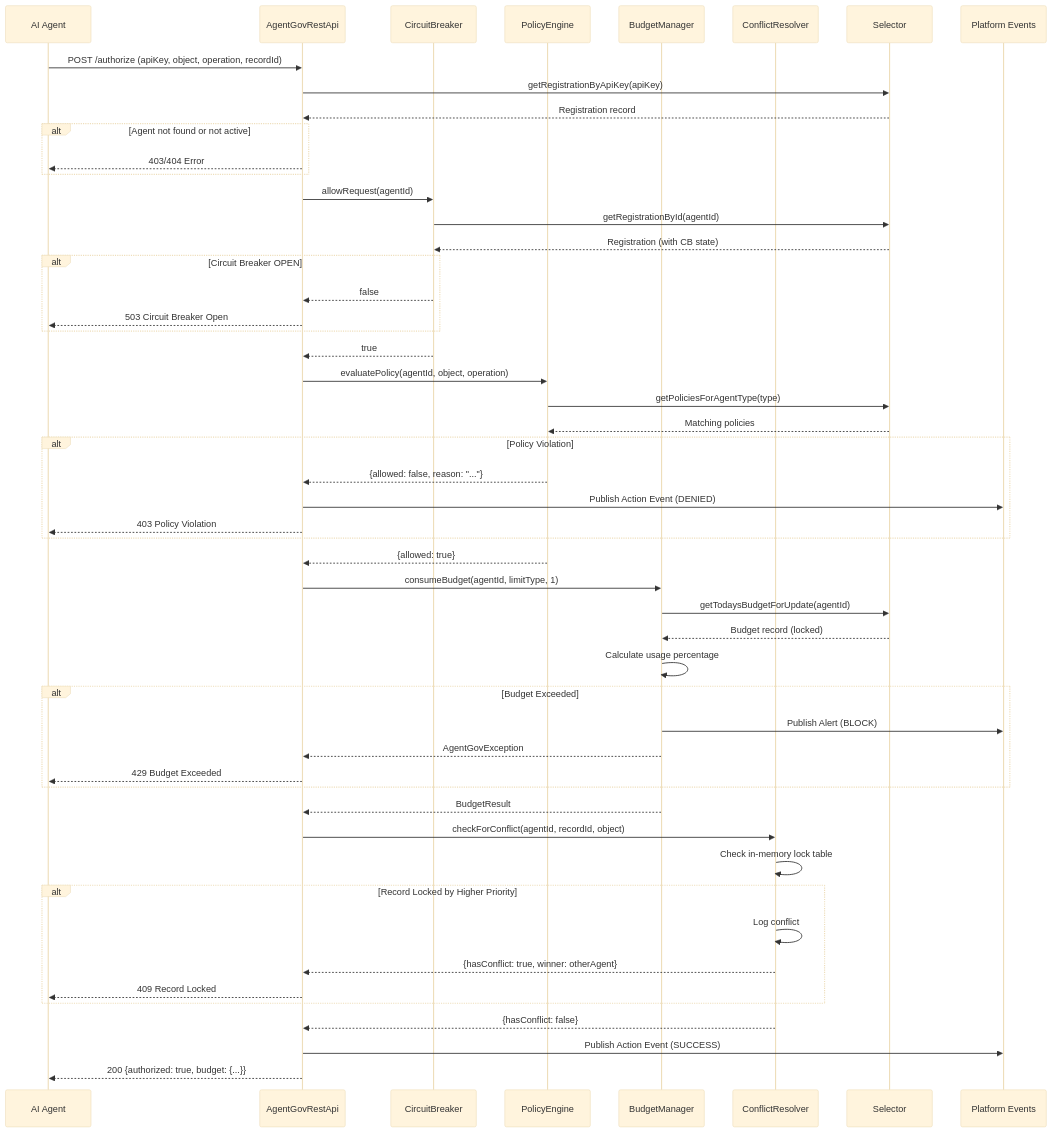
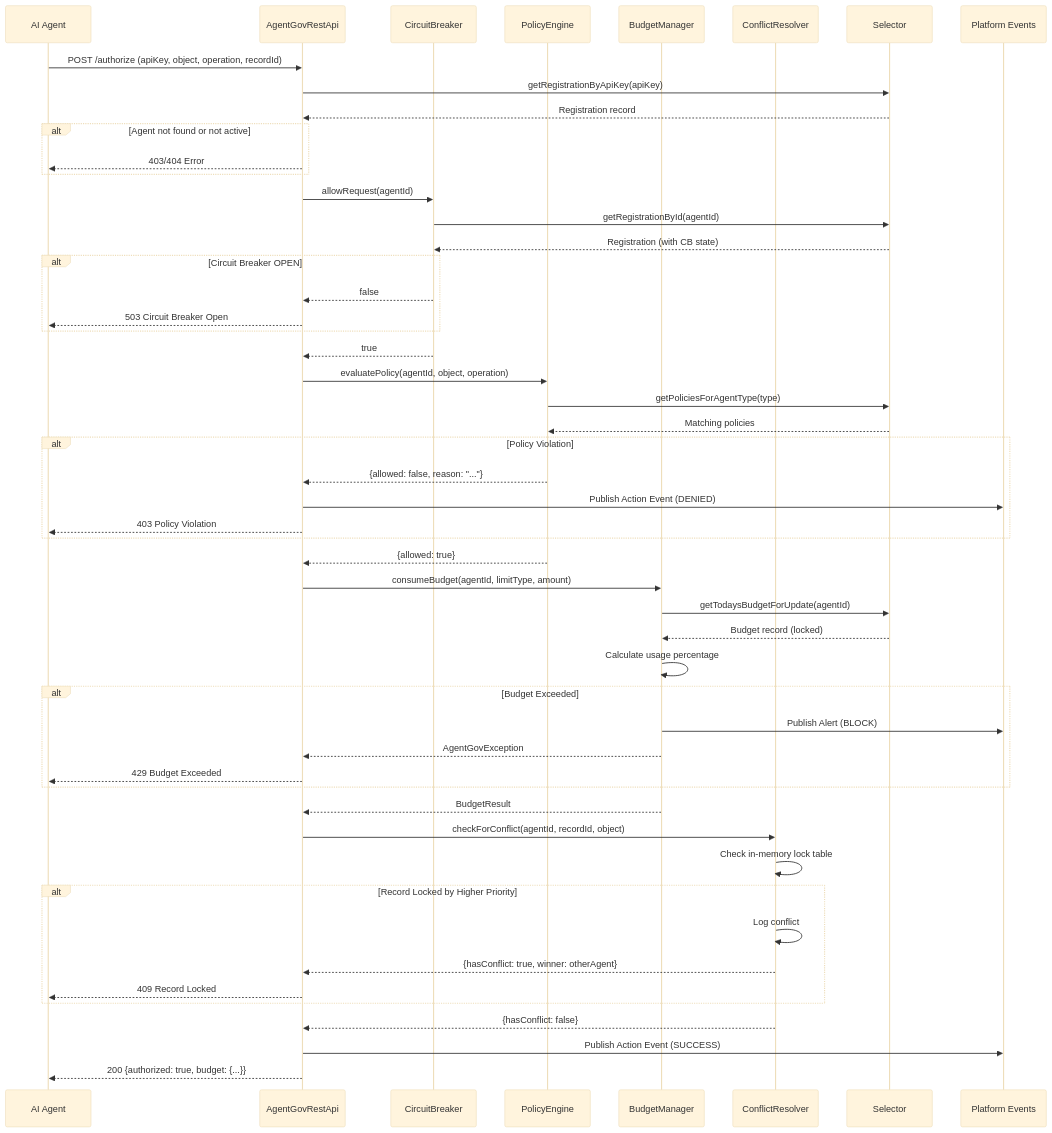
One commit to himanshupalerwal/salesforce-agent-governance changed the fourth of 7 diagrams in docs/architecture.md. Above: the diagram before and after it, drawn with Mermaid (base theme). The commit also changed other lines of this file and 29 other files, not shown here.

````diff
--- a/docs/architecture.md
+++ b/docs/architecture.md
@@ -235,69 +247,69 @@
 ```mermaid
 sequenceDiagram
     participant Agent as AI Agent
     participant REST as AgentGovRestApi
     participant CB as CircuitBreaker
     participant PE as PolicyEngine
     participant BM as BudgetManager
     participant CR as ConflictResolver
     participant SEL as Selector
     participant EVT as Platform Events
 
     Agent->>REST: POST /authorize (apiKey, object, operation, recordId)
     REST->>SEL: getRegistrationByApiKey(apiKey)
     SEL-->>REST: Registration record
 
     alt Agent not found or not active
         REST-->>Agent: 403/404 Error
     end
 
     REST->>CB: allowRequest(agentId)
     CB->>SEL: getRegistrationById(agentId)
     SEL-->>CB: Registration (with CB state)
 
     alt Circuit Breaker OPEN
         CB-->>REST: false
         REST-->>Agent: 503 Circuit Breaker Open
     end
 
     CB-->>REST: true
 
     REST->>PE: evaluatePolicy(agentId, object, operation)
     PE->>SEL: getPoliciesForAgentType(type)
     SEL-->>PE: Matching policies
 
     alt Policy Violation
         PE-->>REST: {allowed: false, reason: "..."}
         REST->>EVT: Publish Action Event (DENIED)
         REST-->>Agent: 403 Policy Violation
     end
 
     PE-->>REST: {allowed: true}
 
-    REST->>BM: consumeBudget(agentId, limitType, 1)
+    REST->>BM: consumeBudget(agentId, limitType, amount)
     BM->>SEL: getTodaysBudgetForUpdate(agentId)
     SEL-->>BM: Budget record (locked)
     BM->>BM: Calculate usage percentage
 
     alt Budget Exceeded
         BM->>EVT: Publish Alert (BLOCK)
         BM-->>REST: AgentGovException
         REST-->>Agent: 429 Budget Exceeded
     end
 
     BM-->>REST: BudgetResult
 
     REST->>CR: checkForConflict(agentId, recordId, object)
     CR->>CR: Check in-memory lock table
 
     alt Record Locked by Higher Priority
         CR->>CR: Log conflict
         CR-->>REST: {hasConflict: true, winner: otherAgent}
         REST-->>Agent: 409 Record Locked
     end
 
     CR-->>REST: {hasConflict: false}
 
     REST->>EVT: Publish Action Event (SUCCESS)
     REST-->>Agent: 200 {authorized: true, budget: {...}}
 ```
````
